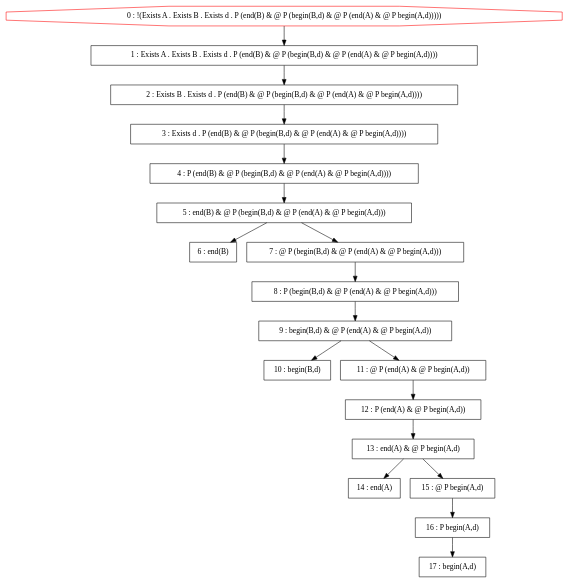
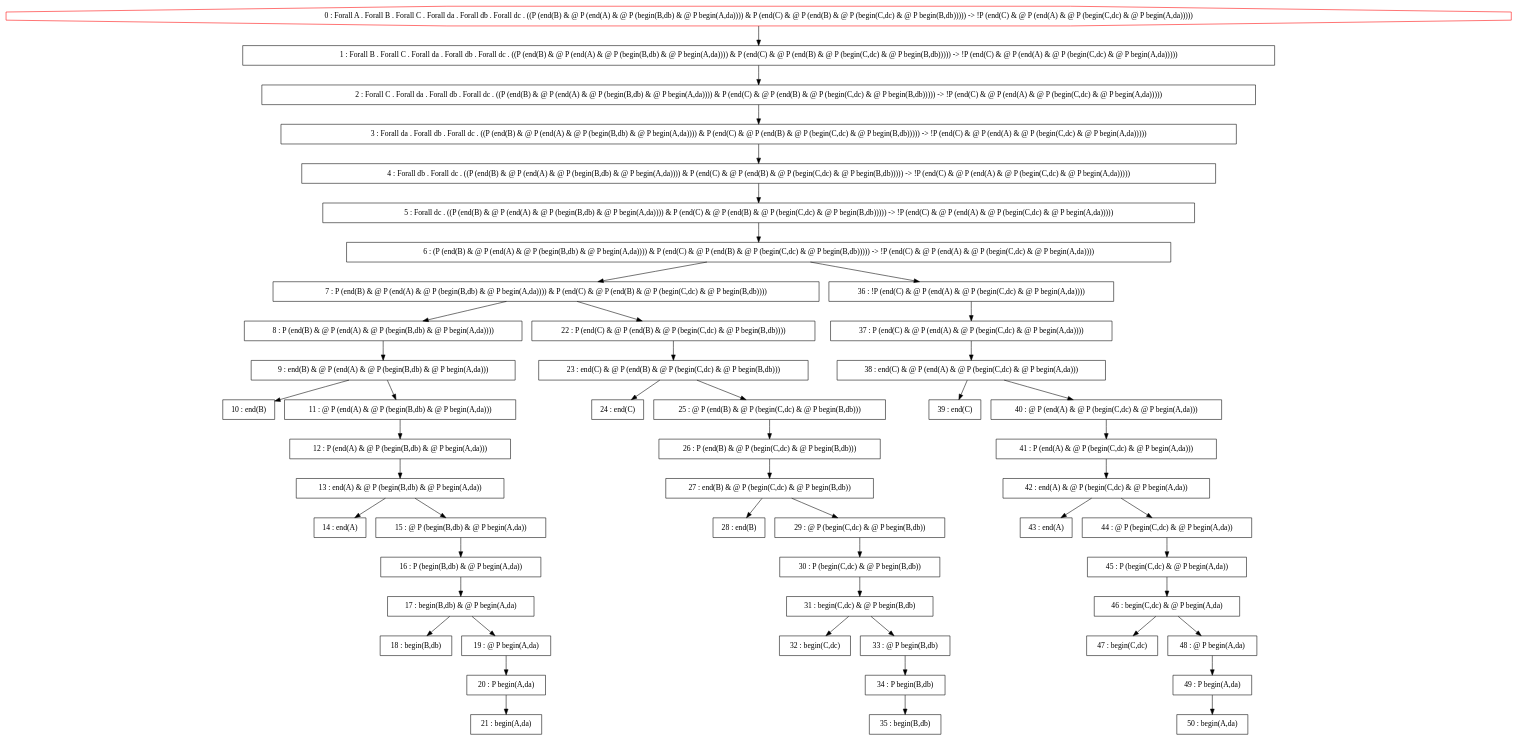
Before and after one commit to moraneus/MonAmI: the diagram in experiments/comparing_to_dejavu/dejavu/ast.dot, drawn with Graphviz. The commit also changed 37 other files, not shown here.

```diff
--- a/experiments/comparing_to_dejavu/dejavu/ast.dot
+++ b/experiments/comparing_to_dejavu/dejavu/ast.dot
@@ -1,37 +1,103 @@
 digraph G {
-  0 [shape=octagon, color=red, label="0 : !(Exists A . Exists B . Exists d . P (end(B) & @ P (begin(B,d) & @ P (end(A) & @ P begin(A,d)))))"]
-  1 [shape=box, label="1 : Exists A . Exists B . Exists d . P (end(B) & @ P (begin(B,d) & @ P (end(A) & @ P begin(A,d))))"]
-  2 [shape=box, label="2 : Exists B . Exists d . P (end(B) & @ P (begin(B,d) & @ P (end(A) & @ P begin(A,d))))"]
-  3 [shape=box, label="3 : Exists d . P (end(B) & @ P (begin(B,d) & @ P (end(A) & @ P begin(A,d))))"]
-  4 [shape=box, label="4 : P (end(B) & @ P (begin(B,d) & @ P (end(A) & @ P begin(A,d))))"]
-  5 [shape=box, label="5 : end(B) & @ P (begin(B,d) & @ P (end(A) & @ P begin(A,d)))"]
-  6 [shape=box, label="6 : end(B)"]
-  7 [shape=box, label="7 : @ P (begin(B,d) & @ P (end(A) & @ P begin(A,d)))"]
-  8 [shape=box, label="8 : P (begin(B,d) & @ P (end(A) & @ P begin(A,d)))"]
-  9 [shape=box, label="9 : begin(B,d) & @ P (end(A) & @ P begin(A,d))"]
-  10 [shape=box, label="10 : begin(B,d)"]
-  11 [shape=box, label="11 : @ P (end(A) & @ P begin(A,d))"]
-  12 [shape=box, label="12 : P (end(A) & @ P begin(A,d))"]
-  13 [shape=box, label="13 : end(A) & @ P begin(A,d)"]
+  0 [shape=octagon, color=red, label="0 : Forall A . Forall B . Forall C . Forall da . Forall db . Forall dc . ((P (end(B) & @ P (end(A) & @ P (begin(B,db) & @ P begin(A,da)))) & P (end(C) & @ P (end(B) & @ P (begin(C,dc) & @ P begin(B,db))))) -> !P (end(C) & @ P (end(A) & @ P (begin(C,dc) & @ P begin(A,da)))))"]
+  1 [shape=box, label="1 : Forall B . Forall C . Forall da . Forall db . Forall dc . ((P (end(B) & @ P (end(A) & @ P (begin(B,db) & @ P begin(A,da)))) & P (end(C) & @ P (end(B) & @ P (begin(C,dc) & @ P begin(B,db))))) -> !P (end(C) & @ P (end(A) & @ P (begin(C,dc) & @ P begin(A,da)))))"]
+  2 [shape=box, label="2 : Forall C . Forall da . Forall db . Forall dc . ((P (end(B) & @ P (end(A) & @ P (begin(B,db) & @ P begin(A,da)))) & P (end(C) & @ P (end(B) & @ P (begin(C,dc) & @ P begin(B,db))))) -> !P (end(C) & @ P (end(A) & @ P (begin(C,dc) & @ P begin(A,da)))))"]
+  3 [shape=box, label="3 : Forall da . Forall db . Forall dc . ((P (end(B) & @ P (end(A) & @ P (begin(B,db) & @ P begin(A,da)))) & P (end(C) & @ P (end(B) & @ P (begin(C,dc) & @ P begin(B,db))))) -> !P (end(C) & @ P (end(A) & @ P (begin(C,dc) & @ P begin(A,da)))))"]
+  4 [shape=box, label="4 : Forall db . Forall dc . ((P (end(B) & @ P (end(A) & @ P (begin(B,db) & @ P begin(A,da)))) & P (end(C) & @ P (end(B) & @ P (begin(C,dc) & @ P begin(B,db))))) -> !P (end(C) & @ P (end(A) & @ P (begin(C,dc) & @ P begin(A,da)))))"]
+  5 [shape=box, label="5 : Forall dc . ((P (end(B) & @ P (end(A) & @ P (begin(B,db) & @ P begin(A,da)))) & P (end(C) & @ P (end(B) & @ P (begin(C,dc) & @ P begin(B,db))))) -> !P (end(C) & @ P (end(A) & @ P (begin(C,dc) & @ P begin(A,da)))))"]
+  6 [shape=box, label="6 : (P (end(B) & @ P (end(A) & @ P (begin(B,db) & @ P begin(A,da)))) & P (end(C) & @ P (end(B) & @ P (begin(C,dc) & @ P begin(B,db))))) -> !P (end(C) & @ P (end(A) & @ P (begin(C,dc) & @ P begin(A,da))))"]
+  7 [shape=box, label="7 : P (end(B) & @ P (end(A) & @ P (begin(B,db) & @ P begin(A,da)))) & P (end(C) & @ P (end(B) & @ P (begin(C,dc) & @ P begin(B,db))))"]
+  8 [shape=box, label="8 : P (end(B) & @ P (end(A) & @ P (begin(B,db) & @ P begin(A,da))))"]
+  9 [shape=box, label="9 : end(B) & @ P (end(A) & @ P (begin(B,db) & @ P begin(A,da)))"]
+  10 [shape=box, label="10 : end(B)"]
+  11 [shape=box, label="11 : @ P (end(A) & @ P (begin(B,db) & @ P begin(A,da)))"]
+  12 [shape=box, label="12 : P (end(A) & @ P (begin(B,db) & @ P begin(A,da)))"]
+  13 [shape=box, label="13 : end(A) & @ P (begin(B,db) & @ P begin(A,da))"]
   14 [shape=box, label="14 : end(A)"]
-  15 [shape=box, label="15 : @ P begin(A,d)"]
-  16 [shape=box, label="16 : P begin(A,d)"]
-  17 [shape=box, label="17 : begin(A,d)"]
+  15 [shape=box, label="15 : @ P (begin(B,db) & @ P begin(A,da))"]
+  16 [shape=box, label="16 : P (begin(B,db) & @ P begin(A,da))"]
+  17 [shape=box, label="17 : begin(B,db) & @ P begin(A,da)"]
+  18 [shape=box, label="18 : begin(B,db)"]
+  19 [shape=box, label="19 : @ P begin(A,da)"]
+  20 [shape=box, label="20 : P begin(A,da)"]
+  21 [shape=box, label="21 : begin(A,da)"]
+  20 -> 21
+  19 -> 20
+  17 -> 18
+  17 -> 19
   16 -> 17
   15 -> 16
   13 -> 14
   13 -> 15
   12 -> 13
   11 -> 12
   9 -> 10
   9 -> 11
   8 -> 9
+  22 [shape=box, label="22 : P (end(C) & @ P (end(B) & @ P (begin(C,dc) & @ P begin(B,db))))"]
+  23 [shape=box, label="23 : end(C) & @ P (end(B) & @ P (begin(C,dc) & @ P begin(B,db)))"]
+  24 [shape=box, label="24 : end(C)"]
+  25 [shape=box, label="25 : @ P (end(B) & @ P (begin(C,dc) & @ P begin(B,db)))"]
+  26 [shape=box, label="26 : P (end(B) & @ P (begin(C,dc) & @ P begin(B,db)))"]
+  27 [shape=box, label="27 : end(B) & @ P (begin(C,dc) & @ P begin(B,db))"]
+  28 [shape=box, label="28 : end(B)"]
+  29 [shape=box, label="29 : @ P (begin(C,dc) & @ P begin(B,db))"]
+  30 [shape=box, label="30 : P (begin(C,dc) & @ P begin(B,db))"]
+  31 [shape=box, label="31 : begin(C,dc) & @ P begin(B,db)"]
+  32 [shape=box, label="32 : begin(C,dc)"]
+  33 [shape=box, label="33 : @ P begin(B,db)"]
+  34 [shape=box, label="34 : P begin(B,db)"]
+  35 [shape=box, label="35 : begin(B,db)"]
+  34 -> 35
+  33 -> 34
+  31 -> 32
+  31 -> 33
+  30 -> 31
+  29 -> 30
+  27 -> 28
+  27 -> 29
+  26 -> 27
+  25 -> 26
+  23 -> 24
+  23 -> 25
+  22 -> 23
   7 -> 8
+  7 -> 22
+  36 [shape=box, label="36 : !P (end(C) & @ P (end(A) & @ P (begin(C,dc) & @ P begin(A,da))))"]
+  37 [shape=box, label="37 : P (end(C) & @ P (end(A) & @ P (begin(C,dc) & @ P begin(A,da))))"]
+  38 [shape=box, label="38 : end(C) & @ P (end(A) & @ P (begin(C,dc) & @ P begin(A,da)))"]
+  39 [shape=box, label="39 : end(C)"]
+  40 [shape=box, label="40 : @ P (end(A) & @ P (begin(C,dc) & @ P begin(A,da)))"]
+  41 [shape=box, label="41 : P (end(A) & @ P (begin(C,dc) & @ P begin(A,da)))"]
+  42 [shape=box, label="42 : end(A) & @ P (begin(C,dc) & @ P begin(A,da))"]
+  43 [shape=box, label="43 : end(A)"]
+  44 [shape=box, label="44 : @ P (begin(C,dc) & @ P begin(A,da))"]
+  45 [shape=box, label="45 : P (begin(C,dc) & @ P begin(A,da))"]
+  46 [shape=box, label="46 : begin(C,dc) & @ P begin(A,da)"]
+  47 [shape=box, label="47 : begin(C,dc)"]
+  48 [shape=box, label="48 : @ P begin(A,da)"]
+  49 [shape=box, label="49 : P begin(A,da)"]
+  50 [shape=box, label="50 : begin(A,da)"]
+  49 -> 50
+  48 -> 49
+  46 -> 47
+  46 -> 48
+  45 -> 46
+  44 -> 45
+  42 -> 43
+  42 -> 44
+  41 -> 42
+  40 -> 41
+  38 -> 39
+  38 -> 40
+  37 -> 38
+  36 -> 37
+  6 -> 7
+  6 -> 36
   5 -> 6
-  5 -> 7
   4 -> 5
   3 -> 4
   2 -> 3
   1 -> 2
   0 -> 1
 }
```
